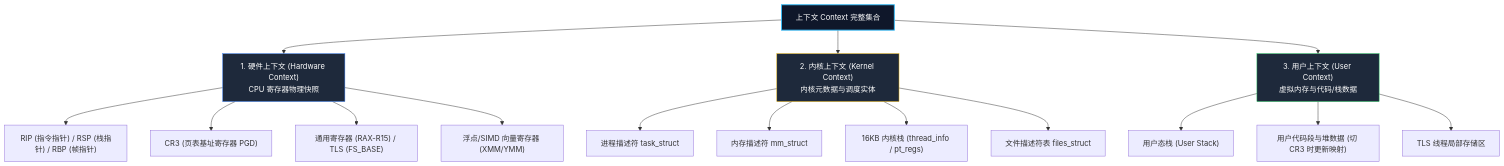
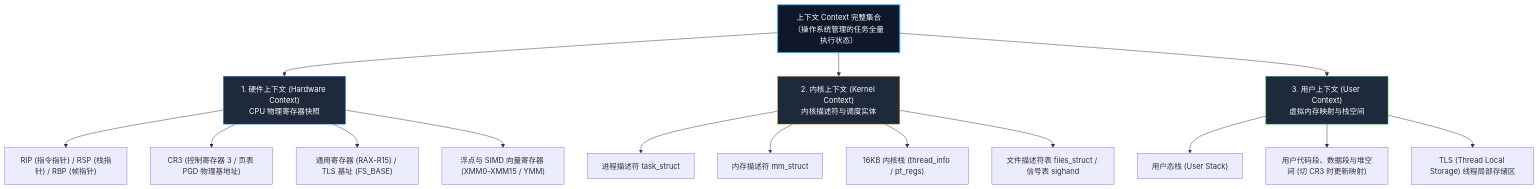
The second of 8 diagrams in content/posts/understanding-context-switching-from-cpu-to-goroutines.md (MoreConsequence/MoreConsequence.github.io), drawn with Mermaid before and after one commit. The commit also changed other lines of this file and 1 other file, not shown here.

Commit message:
docs(blog): 补全上下文切换深度长文推导、原理文字解析与文章图片 CSS 居中限宽样式

````diff
--- a/content/posts/understanding-context-switching-from-cpu-to-goroutines.md
+++ b/content/posts/understanding-context-switching-from-cpu-to-goroutines.md
@@ -47,27 +57,27 @@
 ```mermaid
 graph TD
-    Root["上下文 Context 完整集合"] 
+    Root["上下文 Context 完整集合<br/>（操作系统管理的任务全量执行状态）"] 
 
-    Root --> HW["1. 硬件上下文 (Hardware Context)<br/>CPU 寄存器物理快照"]
-    Root --> KC["2. 内核上下文 (Kernel Context)<br/>内核元数据与调度实体"]
-    Root --> UC["3. 用户上下文 (User Context)<br/>虚拟内存与代码/栈数据"]
+    Root --> HW["1. 硬件上下文 (Hardware Context)<br/>CPU 物理寄存器快照"]
+    Root --> KC["2. 内核上下文 (Kernel Context)<br/>内核描述符与调度实体"]
+    Root --> UC["3. 用户上下文 (User Context)<br/>虚拟内存映射与栈空间"]
 
     HW --> HW1["RIP (指令指针) / RSP (栈指针) / RBP (帧指针)"]
-    HW --> HW2["CR3 (页表基址寄存器 PGD)"]
-    HW --> HW3["通用寄存器 (RAX-R15) / TLS (FS_BASE)"]
-    HW --> HW4["浮点/SIMD 向量寄存器 (XMM/YMM)"]
+    HW --> HW2["CR3 (控制寄存器 3 / 页表 PGD 物理基地址)"]
+    HW --> HW3["通用寄存器 (RAX-R15) / TLS 基址 (FS_BASE)"]
+    HW --> HW4["浮点与 SIMD 向量寄存器 (XMM0-XMM15 / YMM)"]
 
     KC --> KC1["进程描述符 task_struct"]
     KC --> KC2["内存描述符 mm_struct"]
     KC --> KC3["16KB 内核栈 (thread_info / pt_regs)"]
-    KC --> KC4["文件描述符表 files_struct"]
+    KC --> KC4["文件描述符表 files_struct / 信号表 sighand"]
 
     UC --> UC1["用户态栈 (User Stack)"]
-    UC --> UC2["用户代码段与堆数据 (切 CR3 时更新映射)"]
-    UC --> UC3["TLS 线程局部存储区"]
+    UC --> UC2["用户代码段、数据段与堆空间 (切 CR3 时更新映射)"]
+    UC --> UC3["TLS (Thread Local Storage) 线程局部存储区"]
 
     style Root fill:#0f172a,stroke:#38bdf8,stroke-width:2px,color:#fff
     style HW fill:#1e293b,stroke:#3b82f6,stroke-width:1px,color:#fff
     style KC fill:#1e293b,stroke:#eab308,stroke-width:1px,color:#fff
     style UC fill:#1e293b,stroke:#22c55e,stroke-width:1px,color:#fff
 ```
````
